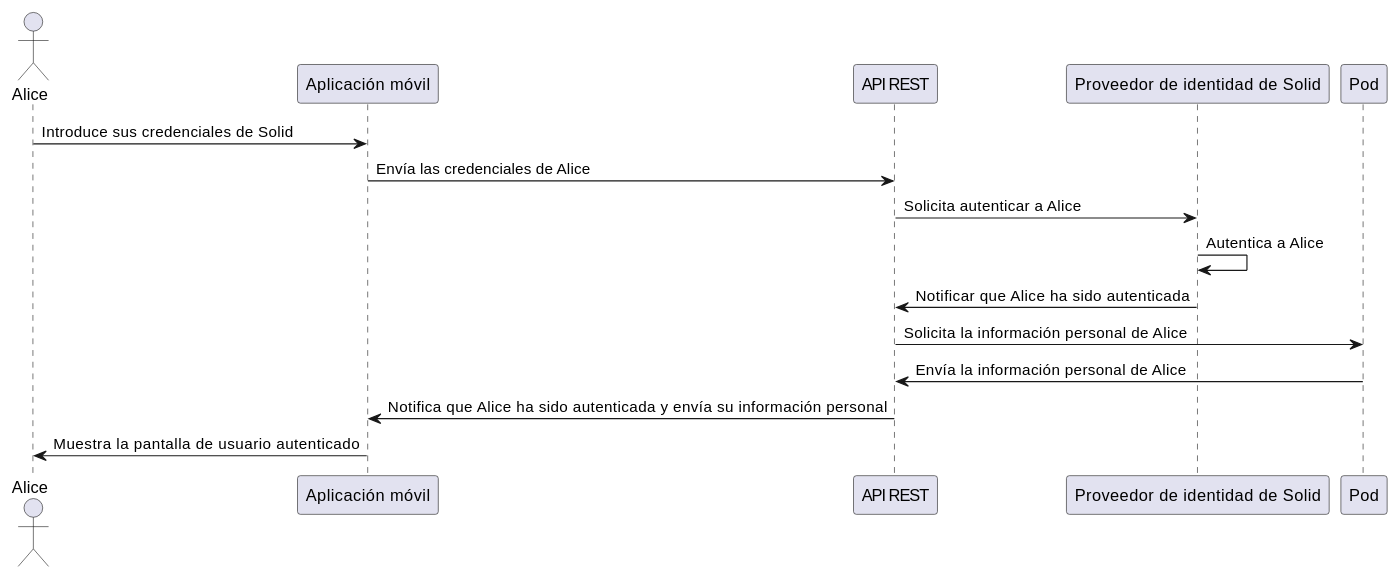
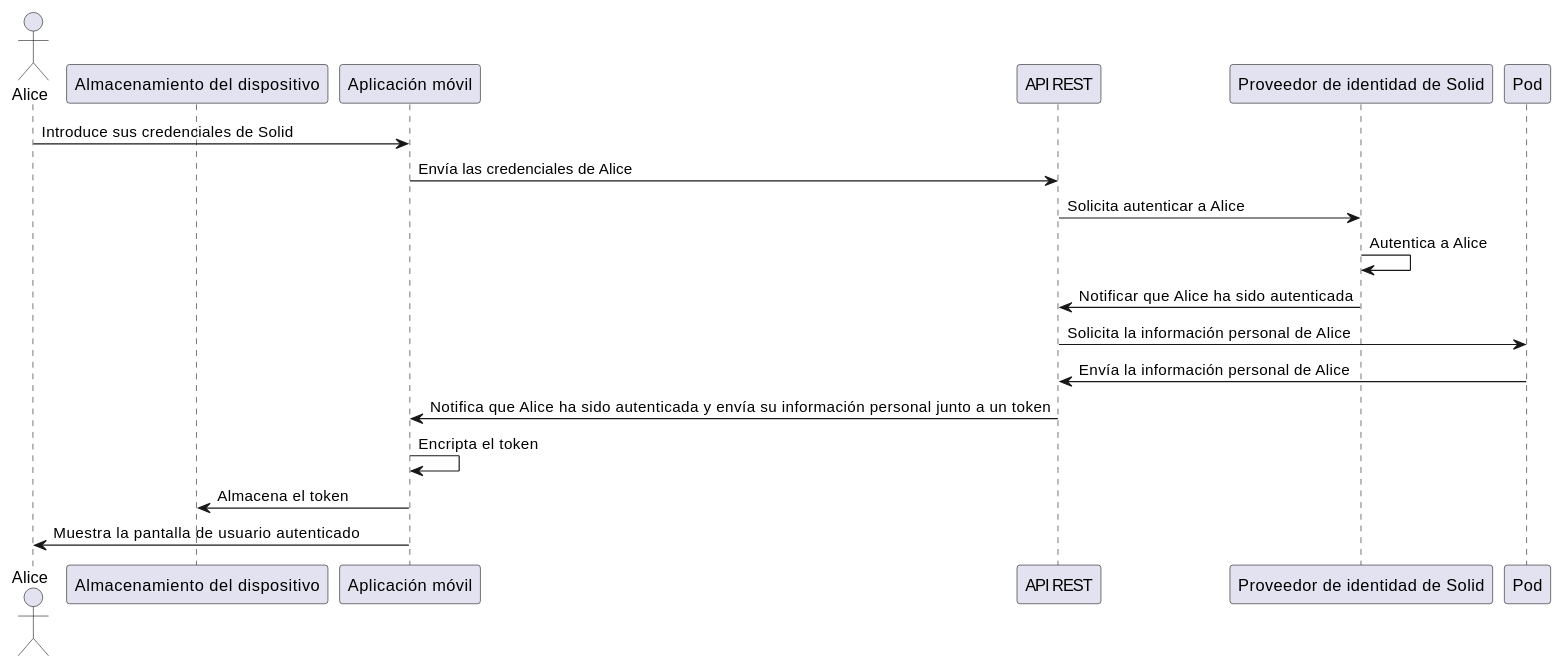
Before and after one commit to Arquisoft/radarin_es4b: the first of 5 diagrams in webapp/docs/06_runtime_view.adoc, drawn with PlantUML. The commit also changed other lines of this file and 4 other files, not shown here.

```diff
--- a/webapp/docs/06_runtime_view.adoc
+++ b/webapp/docs/06_runtime_view.adoc
@@ -8,17 +8,20 @@
 [plantuml,"iniciar sesión app móvil",png]
 ----
 actor Alice
+participant "Almacenamiento del dispositivo"
 participant "Aplicación móvil"
 participant "API REST"
 participant "Proveedor de identidad de Solid"
 participant "Pod"
 Alice -> "Aplicación móvil": Introduce sus credenciales de Solid
 "Aplicación móvil" -> "API REST": Envía las credenciales de Alice
 "API REST" -> "Proveedor de identidad de Solid": Solicita autenticar a Alice
 "Proveedor de identidad de Solid" -> "Proveedor de identidad de Solid": Autentica a Alice
 "Proveedor de identidad de Solid" -> "API REST": Notificar que Alice ha sido autenticada
 "API REST" -> "Pod": Solicita la información personal de Alice
 "Pod" -> "API REST": Envía la información personal de Alice
-"API REST" -> "Aplicación móvil": Notifica que Alice ha sido autenticada y envía su información personal
+"API REST" -> "Aplicación móvil": Notifica que Alice ha sido autenticada y envía su información personal junto a un token
+"Aplicación móvil" -> "Aplicación móvil": Encripta el token
+"Aplicación móvil" -> "Almacenamiento del dispositivo": Almacena el token
 "Aplicación móvil" -> Alice: Muestra la pantalla de usuario autenticado
 ----
```
